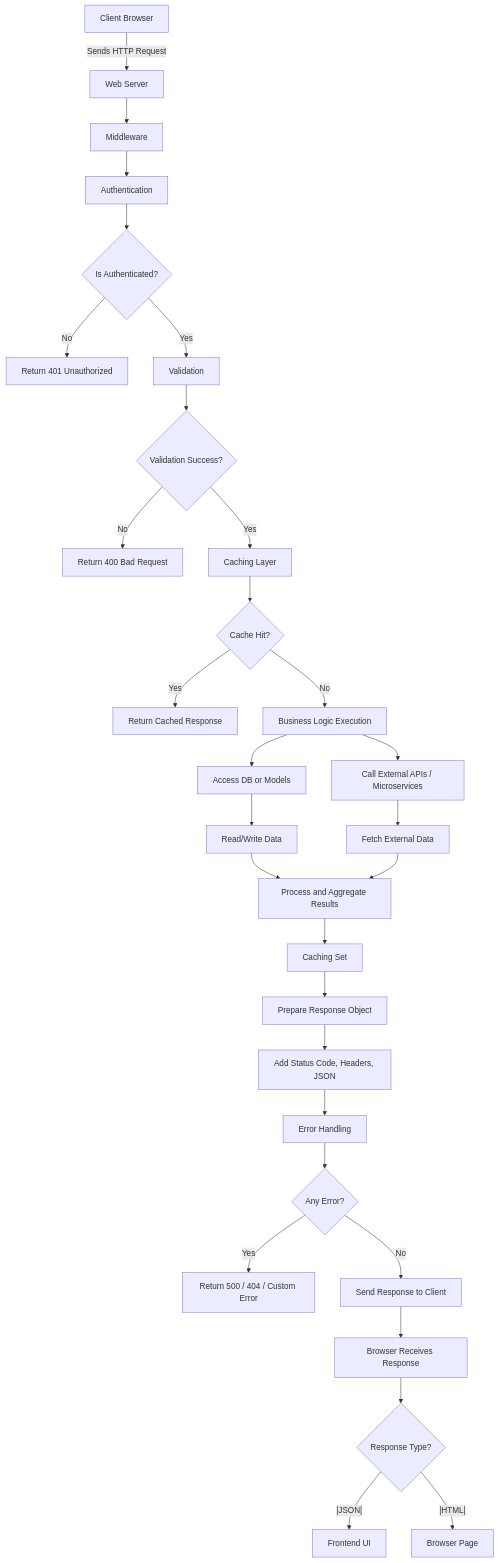
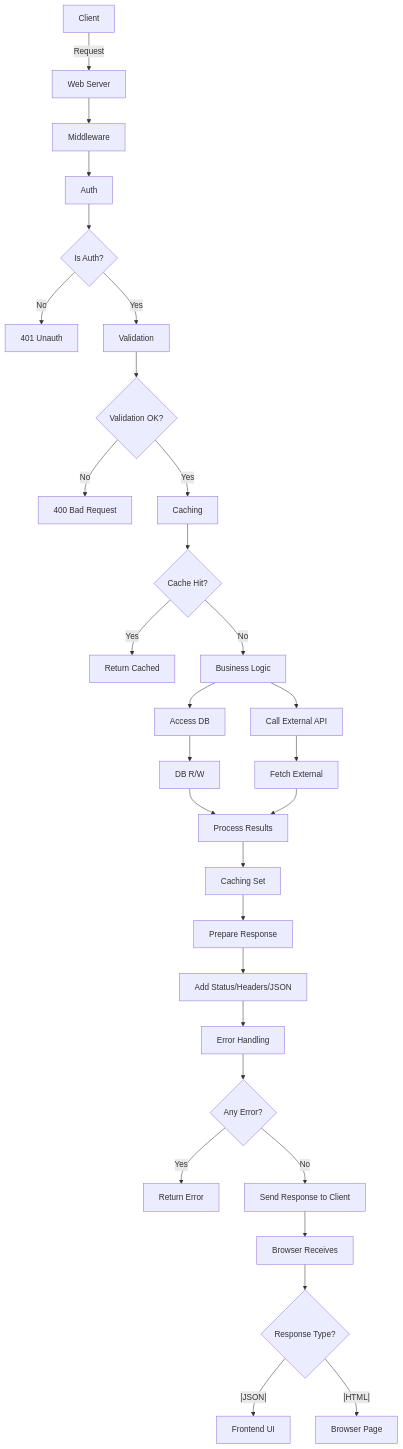
The seventh of 7 diagrams in README.md (AltamashAhmad/Browser_and_Server_guide), drawn with Mermaid before and after one commit. The commit also changed other lines of this file, not shown here.

````diff
--- a/README.md
+++ b/README.md
@@ -790,41 +893,41 @@
 ```mermaid
 flowchart TD
-    A["Client Browser"] -->|"Sends HTTP Request"| B["Web Server"];
+    A["Client"] -->|"Request"| B["Web Server"];
 
     B --> C["Middleware"];
-    C --> D["Authentication"];
-    D --> E{"Is Authenticated?"};
-    E -- No --> Z1["Return 401 Unauthorized"];
+    C --> D["Auth"];
+    D --> E{"Is Auth?"};
+    E -- No --> Z1["401 Unauth"];
     E -- Yes --> F["Validation"];
 
-    F --> G{"Validation Success?"};
-    G -- No --> Z2["Return 400 Bad Request"];
-    G -- Yes --> H["Caching Layer"];
+    F --> G{"Validation OK?"};
+    G -- No --> Z2["400 Bad Request"];
+    G -- Yes --> H["Caching"];
 
     H --> I{"Cache Hit?"};
-    I -- Yes --> Z3["Return Cached Response"];
-    I -- No --> J["Business Logic Execution"];
+    I -- Yes --> Z3["Return Cached"];
+    I -- No --> J["Business Logic"];
 
-    J --> K["Access DB or Models"];
-    J --> L["Call External APIs / Microservices"];
+    J --> K["Access DB"];
+    J --> L["Call External API"];
 
-    K --> M1["Read/Write Data"];
-    L --> M2["Fetch External Data"];
+    K --> M1["DB R/W"];
+    L --> M2["Fetch External"];
 
-    M1 & M2 --> M3["Process and Aggregate Results"];
+    M1 & M2 --> M3["Process Results"];
 
     M3 --> N["Caching Set"];
-    N --> O["Prepare Response Object"];
+    N --> O["Prepare Response"];
 
-    O --> P["Add Status Code, Headers, JSON"];
+    O --> P["Add Status/Headers/JSON"];
     P --> Q["Error Handling"];
 
     Q --> R{"Any Error?"};
-    R -- Yes --> Z4["Return 500 / 404 / Custom Error"];
+    R -- Yes --> Z4["Return Error"];
     R -- No --> S["Send Response to Client"];
 
-    S --> T["Browser Receives Response"];
+    S --> T["Browser Receives"];
     T --> U{"Response Type?"};
     U --|JSON|--> V["Frontend UI"];
     U --|HTML|--> W["Browser Page"];
 ```
````
